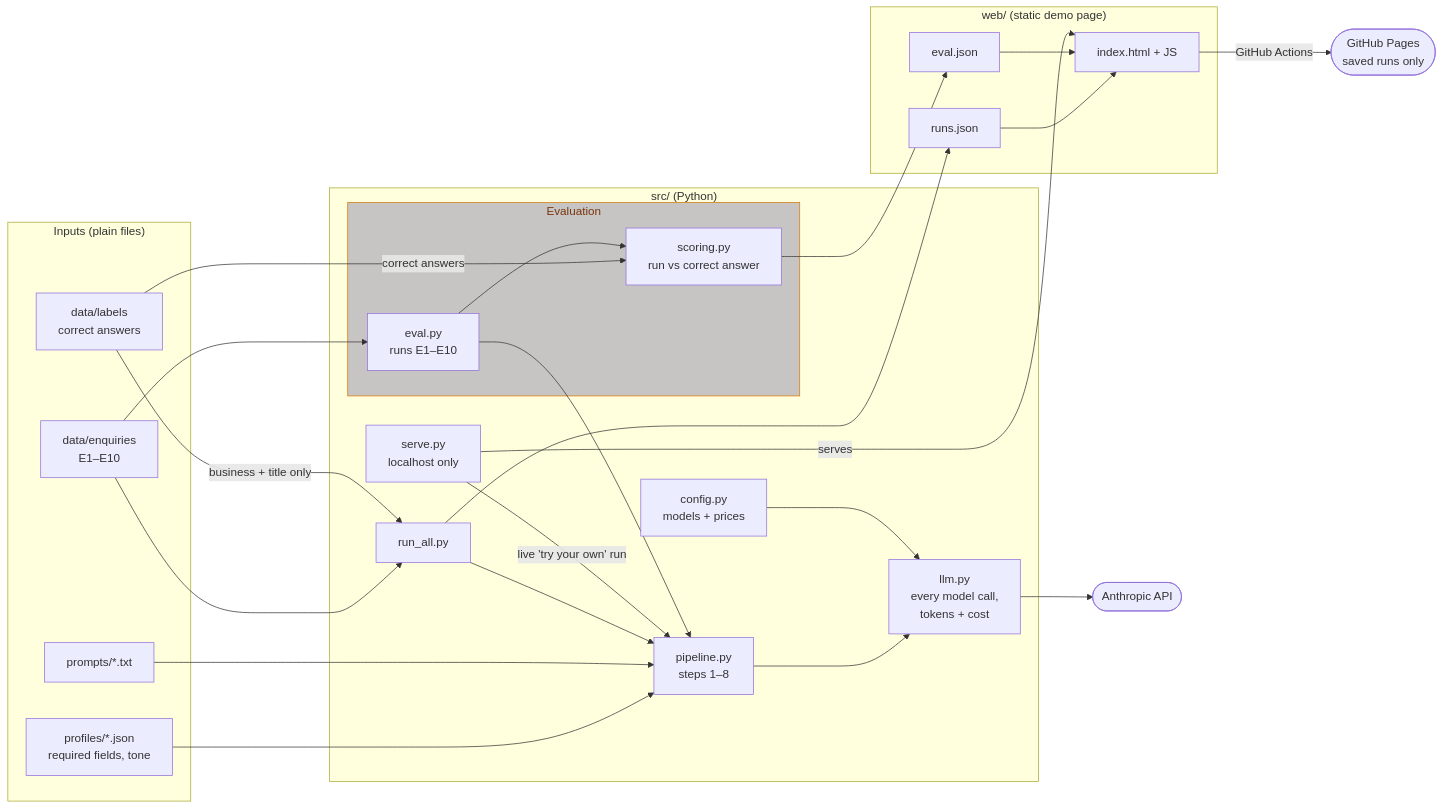
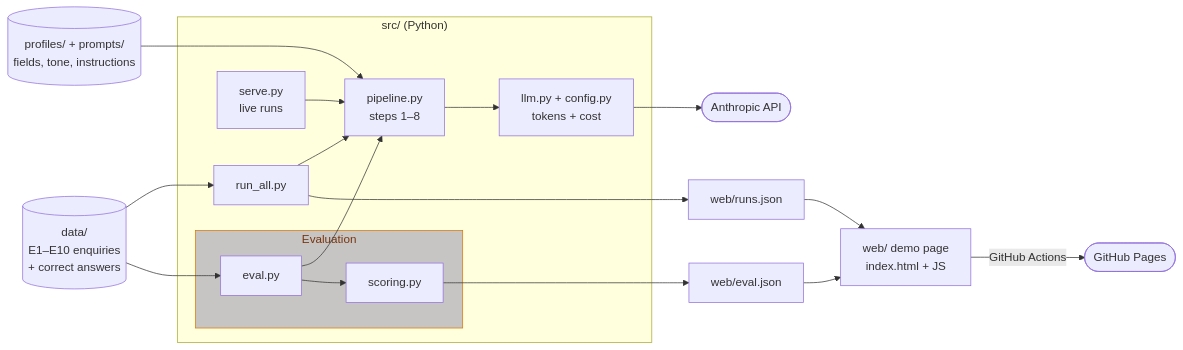
Before and after one commit to RatanaSovann/quote-brief-copilot: the second of 2 diagrams in README.md, drawn with Mermaid.

Commit message:
README: redraw architecture diagram so arrows don't cross

````diff
--- a/README.md
+++ b/README.md
@@ -214,49 +214,32 @@
 ```mermaid
 flowchart LR
-    subgraph inputs["Inputs (plain files)"]
-        PR["profiles/*.json<br/>required fields, tone"]
-        EN["data/enquiries<br/>E1–E10"]
-        LB["data/labels<br/>correct answers"]
-        PM["prompts/*.txt"]
-    end
+    CFG[("profiles/ + prompts/<br/>fields, tone, instructions")]
+    DATA[("data/<br/>E1–E10 enquiries<br/>+ correct answers")]
 
     subgraph src["src/ (Python)"]
+        SV["serve.py<br/>live runs"]
+        RA["run_all.py"]
+        subgraph evaluation["Evaluation"]
+            EV["eval.py"] --> SC["scoring.py"]
+        end
         PL["pipeline.py<br/>steps 1–8"]
-        LLM["llm.py<br/>every model call,<br/>tokens + cost"]
-        CFG["config.py<br/>models + prices"]
-        RA["run_all.py"]
-        SV["serve.py<br/>localhost only"]
-        subgraph evaluation["Evaluation"]
-            EV["eval.py<br/>runs E1–E10"]
-            SC["scoring.py<br/>run vs correct answer"]
-        end
+        LLM["llm.py + config.py<br/>tokens + cost"]
     end
 
     API(["Anthropic API"])
+    RJ["web/runs.json"]
+    EJ["web/eval.json"]
+    UI["web/ demo page<br/>index.html + JS"]
+    GH(["GitHub Pages"])
 
-    subgraph web["web/ (static demo page)"]
-        RJ["runs.json"]
-        EJ["eval.json"]
-        UI["index.html + JS"]
-    end
-
-    GH(["GitHub Pages<br/>saved runs only"])
-
-    PR & PM --> PL
+    CFG ---> PL
+    DATA --> RA & EV
+    SV & RA & EV --> PL
     PL --> LLM --> API
-    CFG --> LLM
-    EN --> RA & EV
-    LB -- "business + title only" --> RA
-    LB -- "correct answers" --> SC
-    RA --> PL
-    EV --> PL
-    EV --> SC
     RA --> RJ
-    SC --> EJ
+    SC ---> EJ
     RJ & EJ --> UI
-    SV -- "live 'try your own' run" --> PL
-    SV -- serves --> UI
     UI -- "GitHub Actions" --> GH
 
     style evaluation fill:#C7C5C3,stroke:#d97706,color:#78350f
 ```
````
